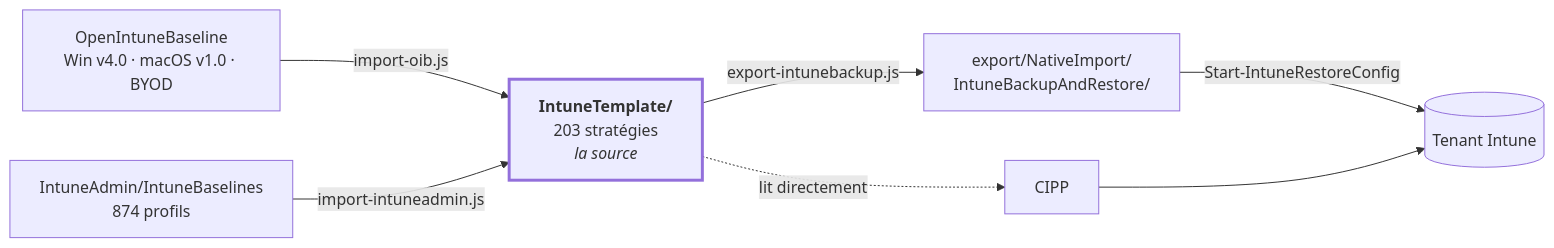
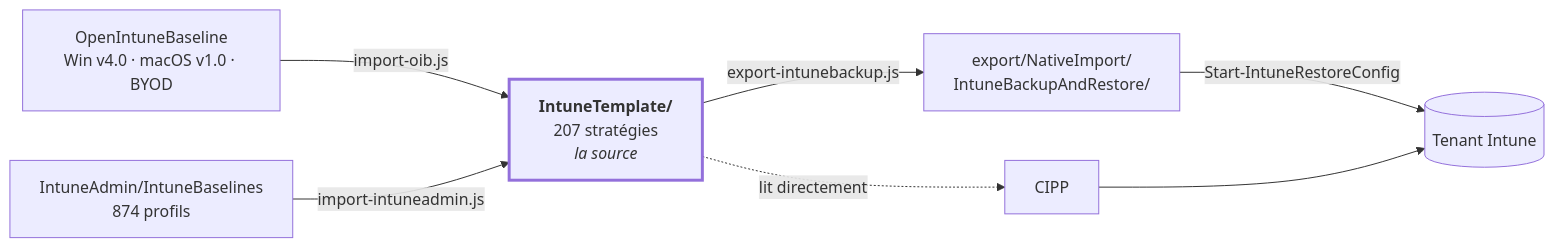
Before and after one commit to sjkanon/IntuneBackup: the diagram in README.fr.md, drawn with Mermaid. The commit also changed other lines of this file and 48 other files, not shown here.

````diff
--- a/README.fr.md
+++ b/README.fr.md
@@ -20,17 +20,17 @@
 ```mermaid
 flowchart LR
   OIB["OpenIntuneBaseline<br/>Win v4.0 · macOS v1.0 · BYOD"]
-  T["<b>IntuneTemplate/</b><br/>203 stratégies<br/><i>la source</i>"]
+  T["<b>IntuneTemplate/</b><br/>207 stratégies<br/><i>la source</i>"]
   EX["export/NativeImport/<br/>IntuneBackupAndRestore/"]
   TENANT[("Tenant Intune")]
 
   OIB -->|import-oib.js| T
   T -->|export-intunebackup.js| EX
   T -.->|lit directement| CIPP[CIPP]
   EX -->|Start-IntuneRestoreConfig| TENANT
   CIPP --> TENANT
 
   IA["IntuneAdmin/IntuneBaselines<br/>874 profils"] -->|import-intuneadmin.js| T
 
   style T stroke-width:3px
 ```
````
